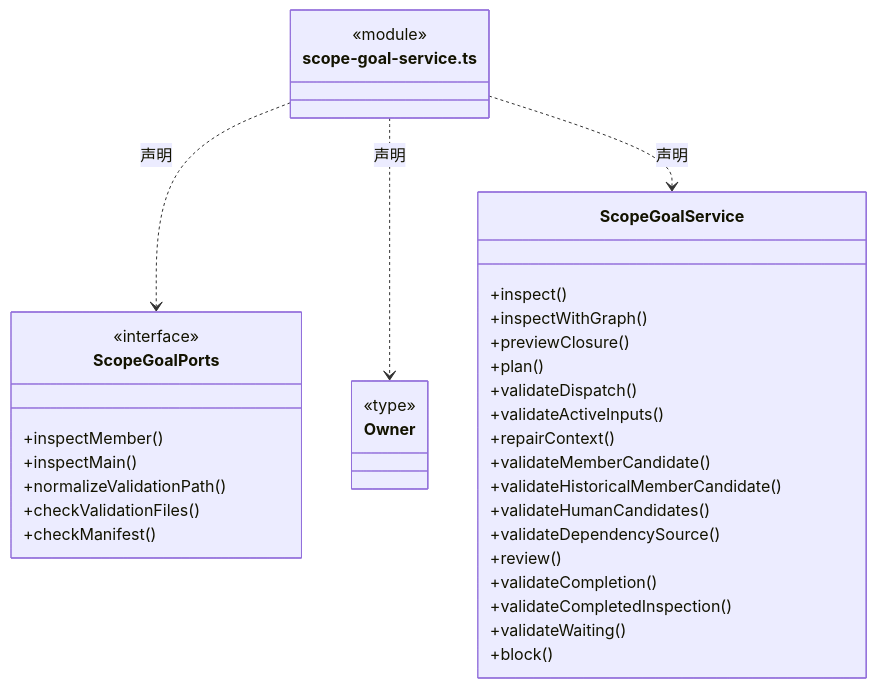
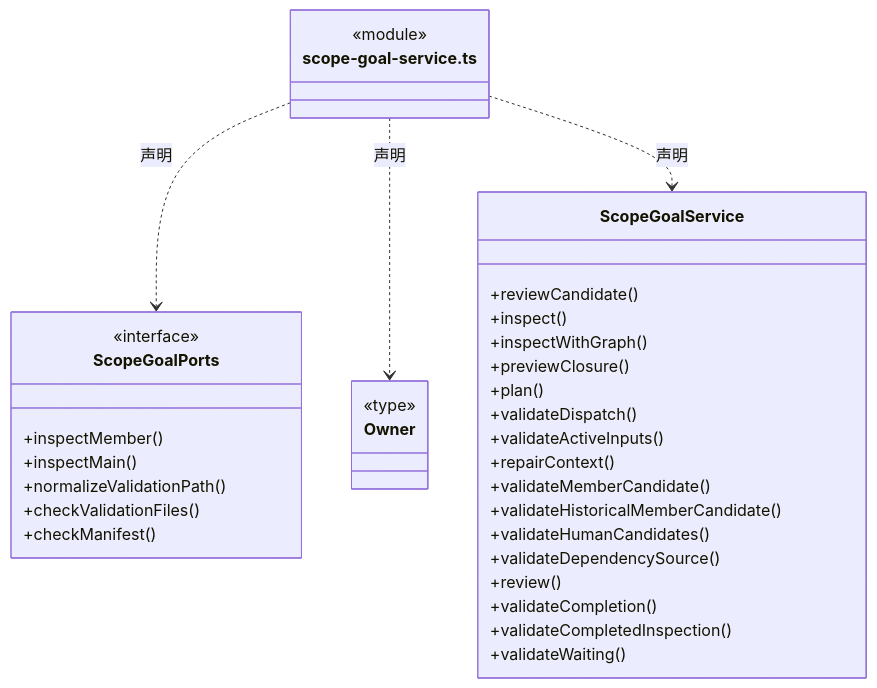
Before and after one commit to nan023062/cbim: the tenth of 22 diagrams in src/backend/scheduler-engine/goals/ARCHITECTURE.md, drawn with Mermaid. The commit also changed other lines of this file and 41 other files, not shown here.

Commit message:
fix: gate dependent tasks on main agent candidate review

````diff
--- a/src/backend/scheduler-engine/goals/ARCHITECTURE.md
+++ b/src/backend/scheduler-engine/goals/ARCHITECTURE.md
@@ -215,39 +215,39 @@
 ```mermaid
 classDiagram
 class N_src_backend_scheduler_engine_goals_scope_goal_service_ts["scope-goal-service.ts"] {
   <<module>>
 }
 class N_src_backend_scheduler_engine_goals_scope_goal_service_ts_ScopeGoalPorts["ScopeGoalPorts"] {
   <<interface>>
   +inspectMember()
   +inspectMain()
   +normalizeValidationPath()
   +checkValidationFiles()
   +checkManifest()
 }
 N_src_backend_scheduler_engine_goals_scope_goal_service_ts ..> N_src_backend_scheduler_engine_goals_scope_goal_service_ts_ScopeGoalPorts : 声明
 class N_src_backend_scheduler_engine_goals_scope_goal_service_ts_Owner["Owner"] {
   <<type>>
 
 }
 N_src_backend_scheduler_engine_goals_scope_goal_service_ts ..> N_src_backend_scheduler_engine_goals_scope_goal_service_ts_Owner : 声明
 class N_src_backend_scheduler_engine_goals_scope_goal_service_ts_ScopeGoalService["ScopeGoalService"] {
+  +reviewCandidate()
   +inspect()
   +inspectWithGraph()
   +previewClosure()
   +plan()
   +validateDispatch()
   +validateActiveInputs()
   +repairContext()
   +validateMemberCandidate()
   +validateHistoricalMemberCandidate()
   +validateHumanCandidates()
   +validateDependencySource()
   +review()
   +validateCompletion()
   +validateCompletedInspection()
   +validateWaiting()
-  +block()
 }
 N_src_backend_scheduler_engine_goals_scope_goal_service_ts ..> N_src_backend_scheduler_engine_goals_scope_goal_service_ts_ScopeGoalService : 声明
 ```
````
